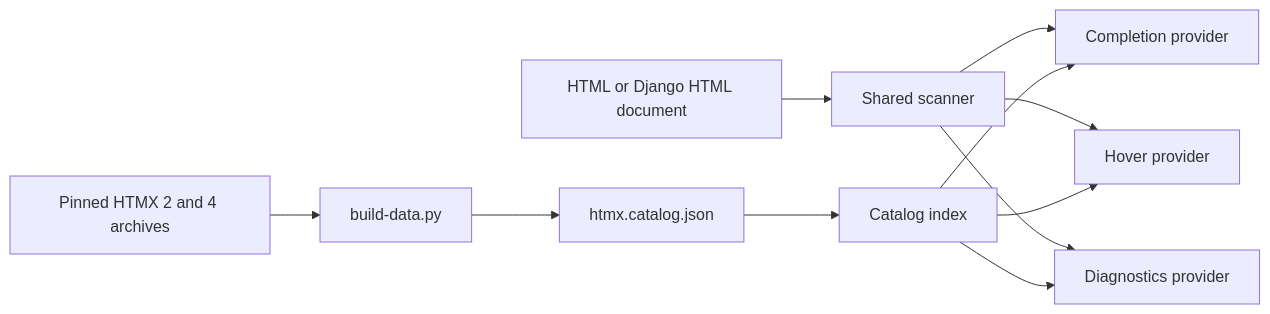
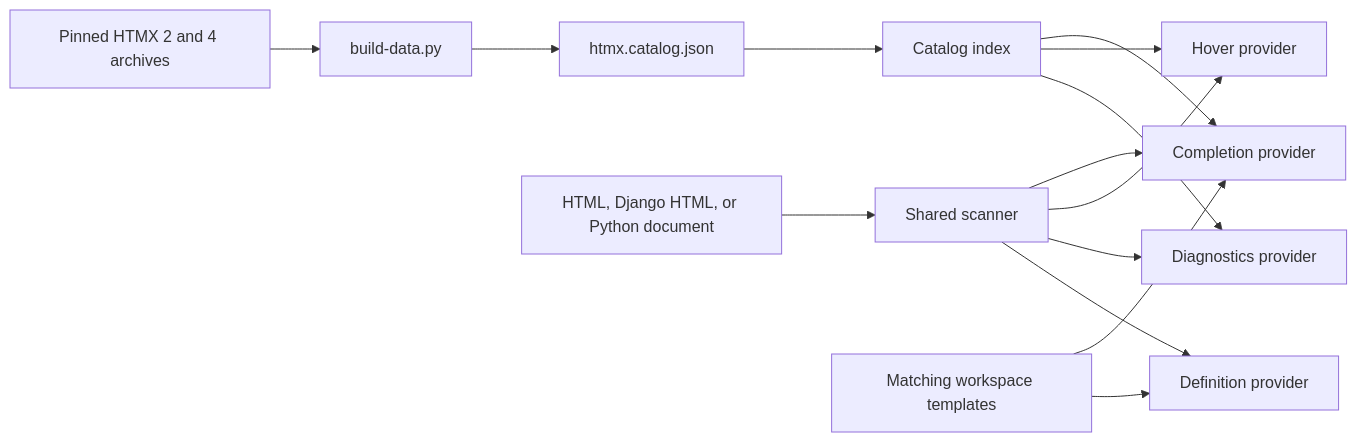
One commit to difegam/htmx-tags changed the diagram in docs/explanation/architecture.md. Above: the diagram before and after it, drawn with Mermaid. The commit also changed other lines of this file and 12 other files, not shown here.

First line of the commit message:
feat: enhance Django partial support with cross-template navigation

````diff
--- a/docs/explanation/architecture.md
+++ b/docs/explanation/architecture.md
@@ -5,13 +5,16 @@
 ```mermaid
 flowchart LR
     Archives["Pinned HTMX 2 and 4 archives"] --> Generator["build-data.py"]
     Generator --> Catalog["htmx.catalog.json"]
     Catalog --> Runtime["Catalog index"]
-    Template["HTML or Django HTML document"] --> Scanner["Shared scanner"]
+    Source["HTML, Django HTML, or Python document"] --> Scanner["Shared scanner"]
     Scanner --> Completion["Completion provider"]
     Scanner --> Hover["Hover provider"]
     Scanner --> Diagnostics["Diagnostics provider"]
+    Scanner --> Definition["Definition provider"]
+    Workspace["Matching workspace templates"] --> Completion
+    Workspace --> Definition
     Runtime --> Completion
     Runtime --> Hover
     Runtime --> Diagnostics
 ```
````
